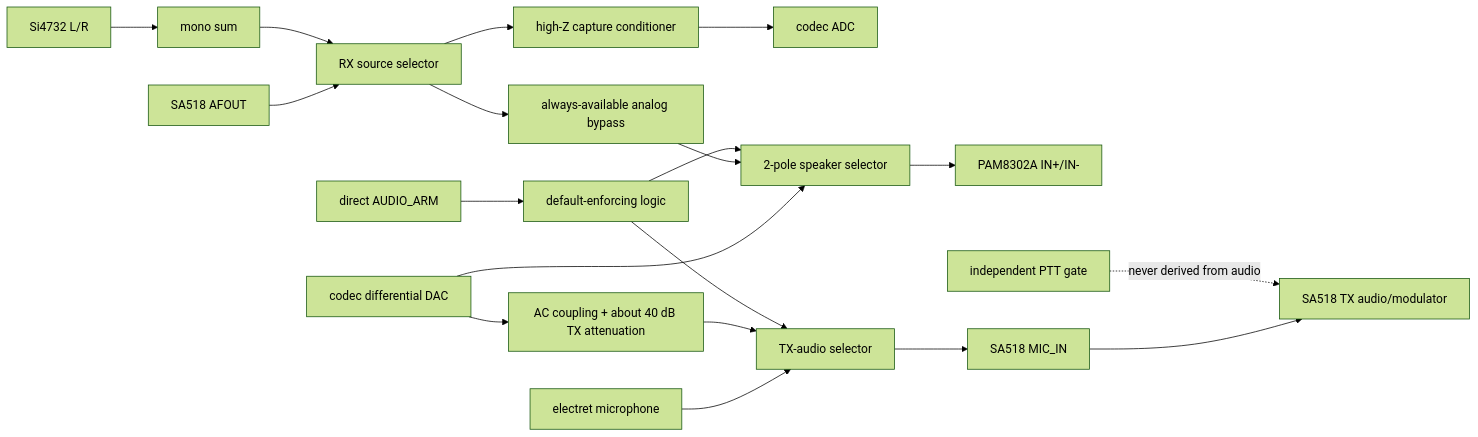
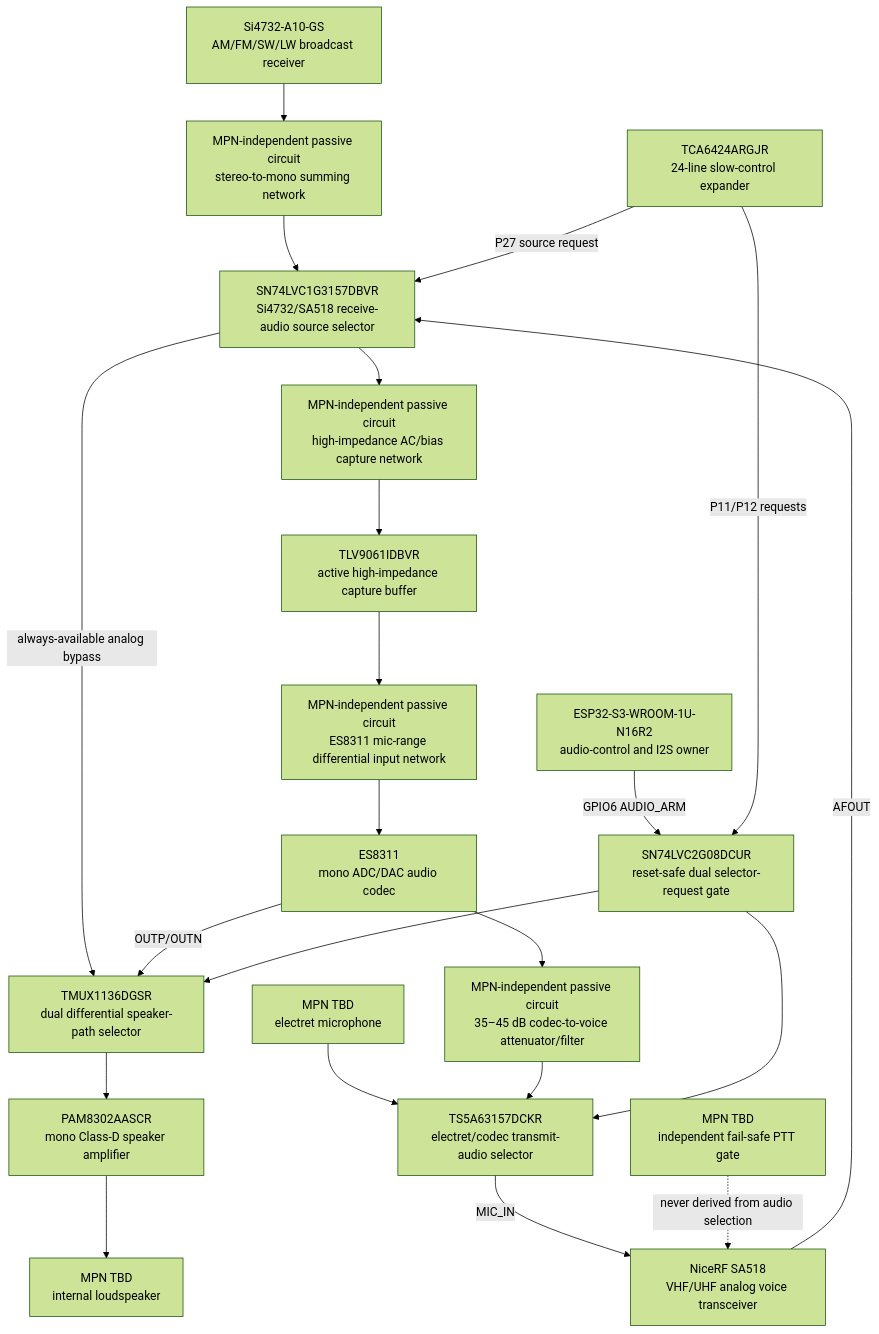
The diagram in docs/review/architecture/AUDIO-0002-complete-audio-path-comparison.md (anton-vinogradov/esp32-leshy2), drawn with Mermaid (forest theme) before and after one commit. The commit also changed other lines of this file and 35 other files, not shown here.

Commit message:
Accept fail-safe audio architecture and clarify diagrams

````diff
--- a/docs/review/architecture/AUDIO-0002-complete-audio-path-comparison.md
+++ b/docs/review/architecture/AUDIO-0002-complete-audio-path-comparison.md
@@ -26,21 +28,24 @@
 ```mermaid
-flowchart LR
-  SI["Si4732 L/R"] --> SUM["mono sum"]
-  SAO["SA518 AFOUT"] --> RXMUX["RX source selector"]
+flowchart TB
+  SI["Si4732-A10-GS<br/>AM/FM/SW/LW broadcast receiver"] --> SUM["MPN-independent passive circuit<br/>stereo-to-mono summing network"]
+  SA["NiceRF SA518<br/>VHF/UHF analog voice transceiver"] -->|"AFOUT"| RXMUX["SN74LVC1G3157DBVR<br/>Si4732/SA518 receive-audio source selector"]
   SUM --> RXMUX
-  RXMUX --> BYP["always-available analog bypass"]
-  RXMUX --> CAP["high-Z capture conditioner"]
-  CAP --> ADC["codec ADC"]
-  DAC["codec differential DAC"] --> SPKSEL["2-pole speaker selector"]
-  BYP --> SPKSEL
-  SPKSEL --> PAM["PAM8302A IN+/IN-"]
-  DAC --> ATT["AC coupling + about 40 dB TX attenuation"]
-  MIC["electret microphone"] --> TXSEL["TX-audio selector"]
+  SLOW["TCA6424ARGJR<br/>24-line slow-control expander"] -->|"P27 source request"| RXMUX
+  RXMUX -->|"always-available analog bypass"| SPKSEL["TMUX1136DGSR<br/>dual differential speaker-path selector"]
+  RXMUX --> CAP["MPN-independent passive circuit<br/>high-impedance AC/bias capture network"]
+  CAP --> BUF["TLV9061IDBVR<br/>active high-impedance capture buffer"]
+  BUF --> ADCNET["MPN-independent passive circuit<br/>ES8311 mic-range differential input network"]
+  ADCNET --> CODEC["ES8311<br/>mono ADC/DAC audio codec"]
+  CODEC -->|"OUTP/OUTN"| SPKSEL
+  SPKSEL --> PAM["PAM8302AASCR<br/>mono Class-D speaker amplifier"]
+  PAM --> SPEAKER["MPN TBD<br/>internal loudspeaker"]
+  CODEC --> ATT["MPN-independent passive circuit<br/>35–45 dB codec-to-voice attenuator/filter"]
+  MIC["MPN TBD<br/>electret microphone"] --> TXSEL["TS5A63157DCKR<br/>electret/codec transmit-audio selector"]
   ATT --> TXSEL
-  TXSEL --> MICIN["SA518 MIC_IN"]
-  MICIN --> SATX["SA518 TX audio/modulator"]
-  ARM["direct AUDIO_ARM"] --> SAFE["default-enforcing logic"]
+  TXSEL -->|"MIC_IN"| SA
+  S3["ESP32-S3-WROOM-1U-N16R2<br/>audio-control and I2S owner"] -->|"GPIO6 AUDIO_ARM"| SAFE["SN74LVC2G08DCUR<br/>reset-safe dual selector-request gate"]
+  SLOW -->|"P11/P12 requests"| SAFE
   SAFE --> SPKSEL
   SAFE --> TXSEL
-  PTT["independent PTT gate"] -. "never derived from audio" .-> SATX
+  PTT["MPN TBD<br/>independent fail-safe PTT gate"] -. "never derived from audio selection" .-> SA
 ```
````
